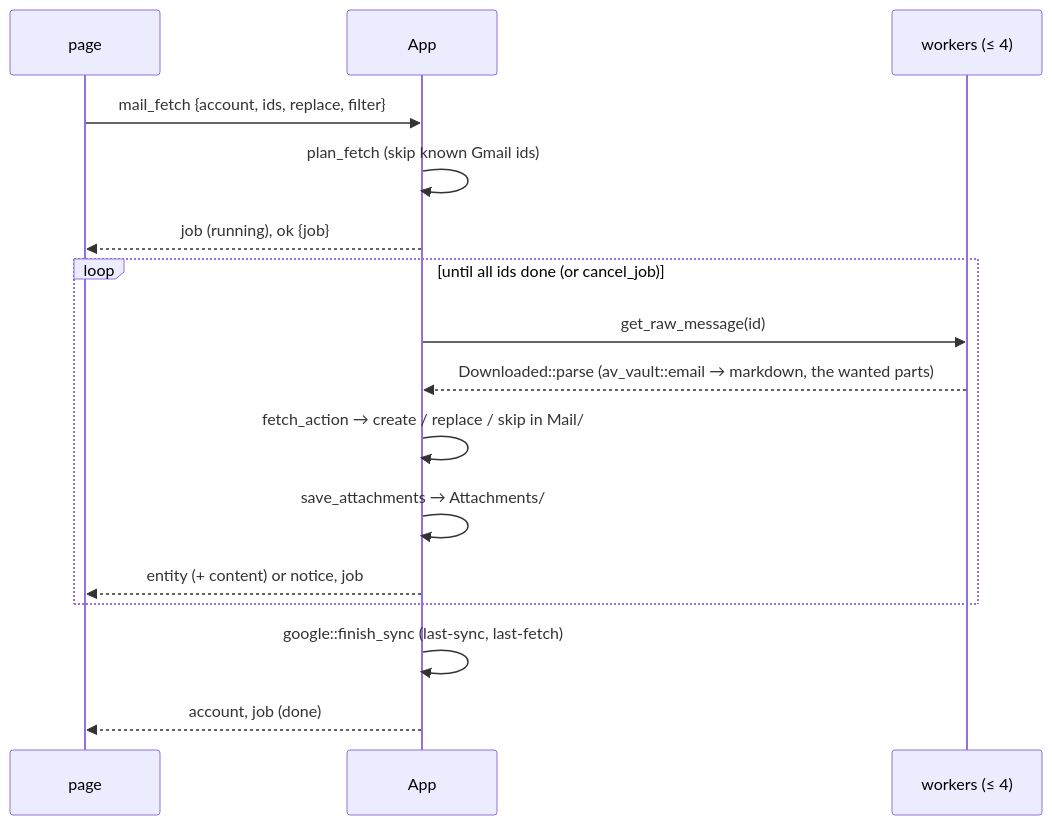
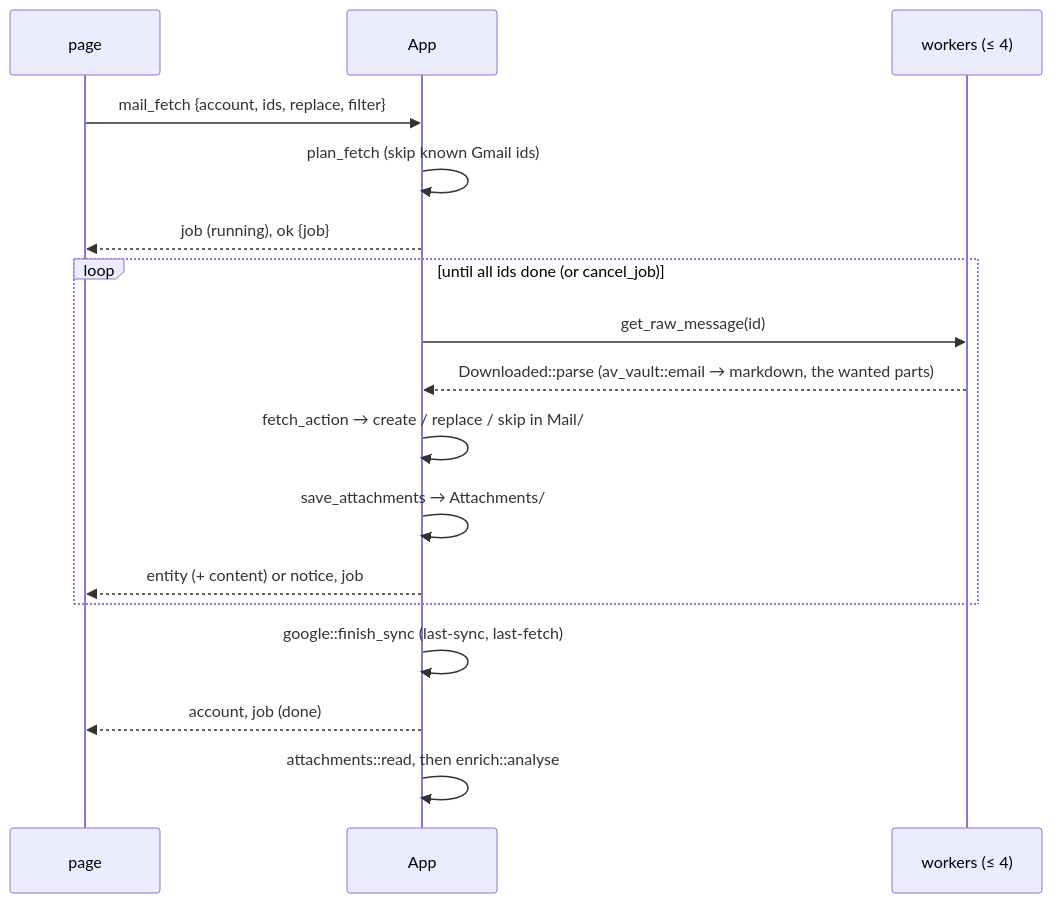
One commit to steschu77/avelor changed the diagram in docs/mail.md. Above: the diagram before and after it, drawn with Mermaid. The commit also changed other lines of this file and 16 other files, not shown here.

First line of the commit message:
feat(mail): read a mail's attachments

````diff
--- a/docs/mail.md
+++ b/docs/mail.md
@@ -195,18 +220,19 @@
 ```mermaid
 sequenceDiagram
     participant P as page
     participant S as App
     participant W as workers (≤ 4)
     P->>S: mail_fetch {account, ids, replace, filter}
     S->>S: plan_fetch (skip known Gmail ids)
     S-->>P: job (running), ok {job}
     loop until all ids done (or cancel_job)
         S->>W: get_raw_message(id)
         W-->>S: Downloaded::parse (av_vault::email → markdown, the wanted parts)
         S->>S: fetch_action → create / replace / skip in Mail/
         S->>S: save_attachments → Attachments/
         S-->>P: entity (+ content) or notice, job
     end
     S->>S: google::finish_sync (last-sync, last-fetch)
     S-->>P: account, job (done)
+    S->>S: attachments::read, then enrich::analyse
 ```
````
